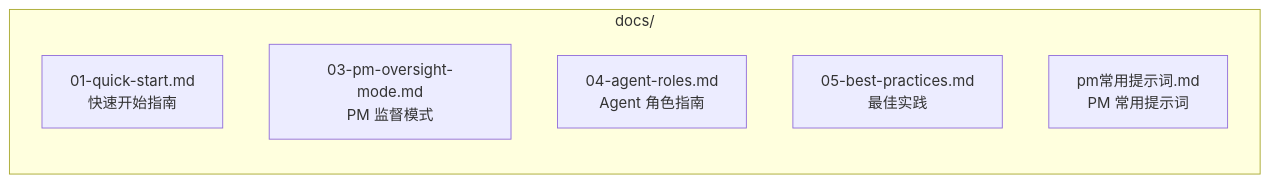
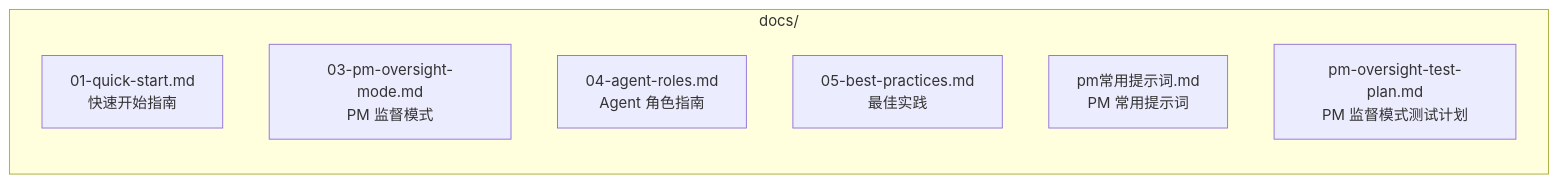
One commit to coolwoo/Tmux-AI-Team changed the diagram in docs/CLAUDE.md. Above: the diagram before and after it, drawn with Mermaid. The commit also changed other lines of this file and 4 other files, not shown here.

````diff
--- a/docs/CLAUDE.md
+++ b/docs/CLAUDE.md
@@ -11,10 +11,11 @@
 ```mermaid
 graph LR
     subgraph Docs["docs/"]
         QS["01-quick-start.md<br/>快速开始指南"]
         PM["03-pm-oversight-mode.md<br/>PM 监督模式"]
         ROLES["04-agent-roles.md<br/>Agent 角色指南"]
         BP["05-best-practices.md<br/>最佳实践"]
         PROMPTS["pm常用提示词.md<br/>PM 常用提示词"]
+        TEST["pm-oversight-test-plan.md<br/>PM 监督模式测试计划"]
     end
 ```
````
